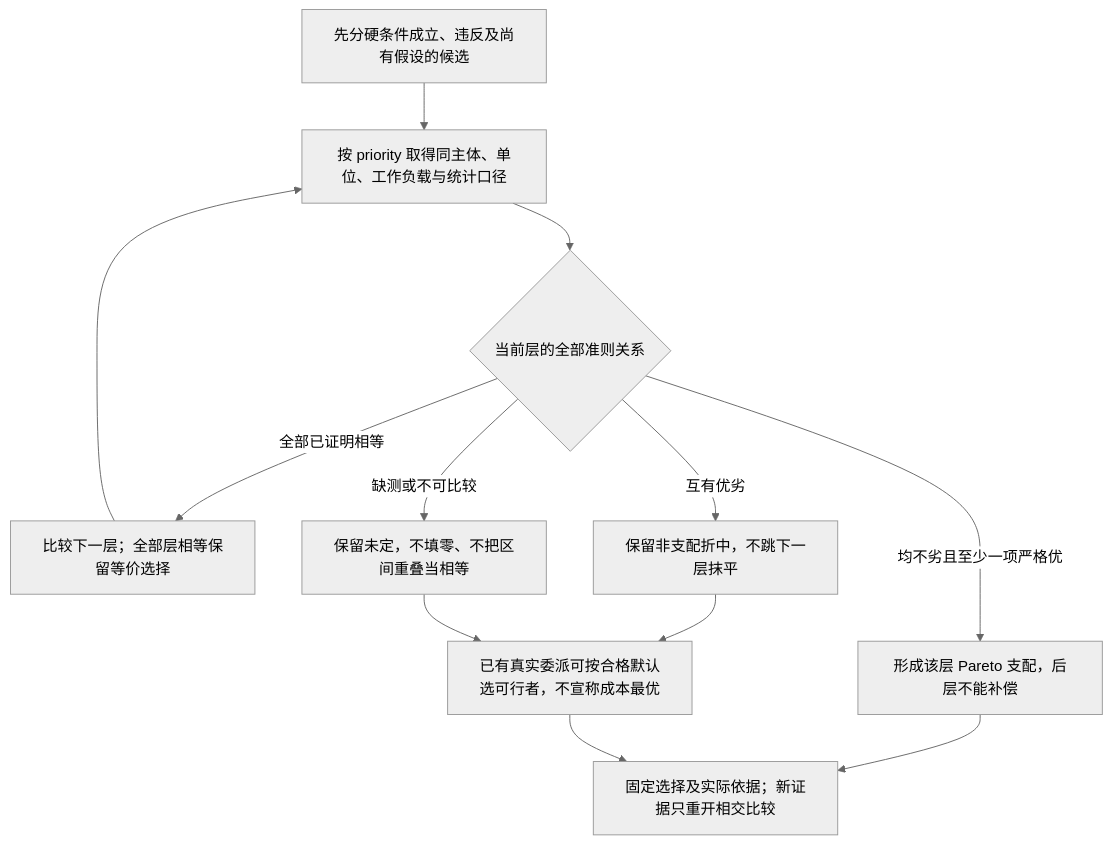
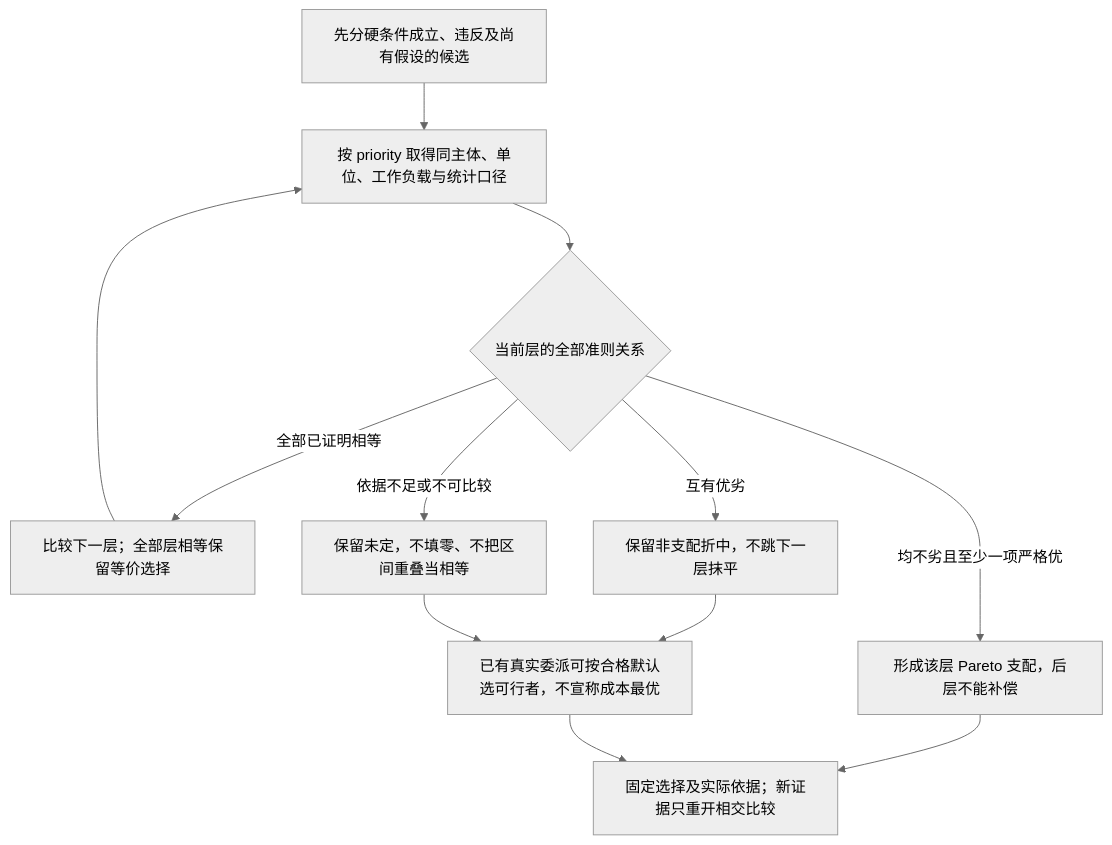
One commit to sec-platform/sec changed diagram 11 of 11 in docs/编译/实现选择与设计搜索.md. Above: the diagram before and after it, drawn with Mermaid (neutral theme). The commit also changed other lines of this file and 88 other files, not shown here.

````diff
--- a/docs/编译/实现选择与设计搜索.md
+++ b/docs/编译/实现选择与设计搜索.md
@@ -1316,14 +1389,14 @@
 ```mermaid
 flowchart TD
   hard["先分硬条件成立、违反及尚有假设的候选"] --> level["按 priority 取得同主体、单位、工作负载与统计口径"]
   level --> compare{"当前层的全部准则关系"}
   compare -->|均不劣且至少一项严格优| dominate["形成该层 Pareto 支配，后层不能补偿"]
   compare -->|全部已证明相等| next["比较下一层；全部层相等保留等价选择"]
   next --> level
   compare -->|互有优劣| tradeoff["保留非支配折中，不跳下一层抹平"]
-  compare -->|缺测或不可比较| unknown["保留未定，不填零、不把区间重叠当相等"]
+  compare -->|依据不足或不可比较| unknown["保留未定，不填零、不把区间重叠当相等"]
   tradeoff --> feasible["已有真实委派可按合格默认选可行者，不宣称成本最优"]
   unknown --> feasible
   dominate --> bind["固定选择及实际依据；新证据只重开相交比较"]
   feasible --> bind
 ```
````
